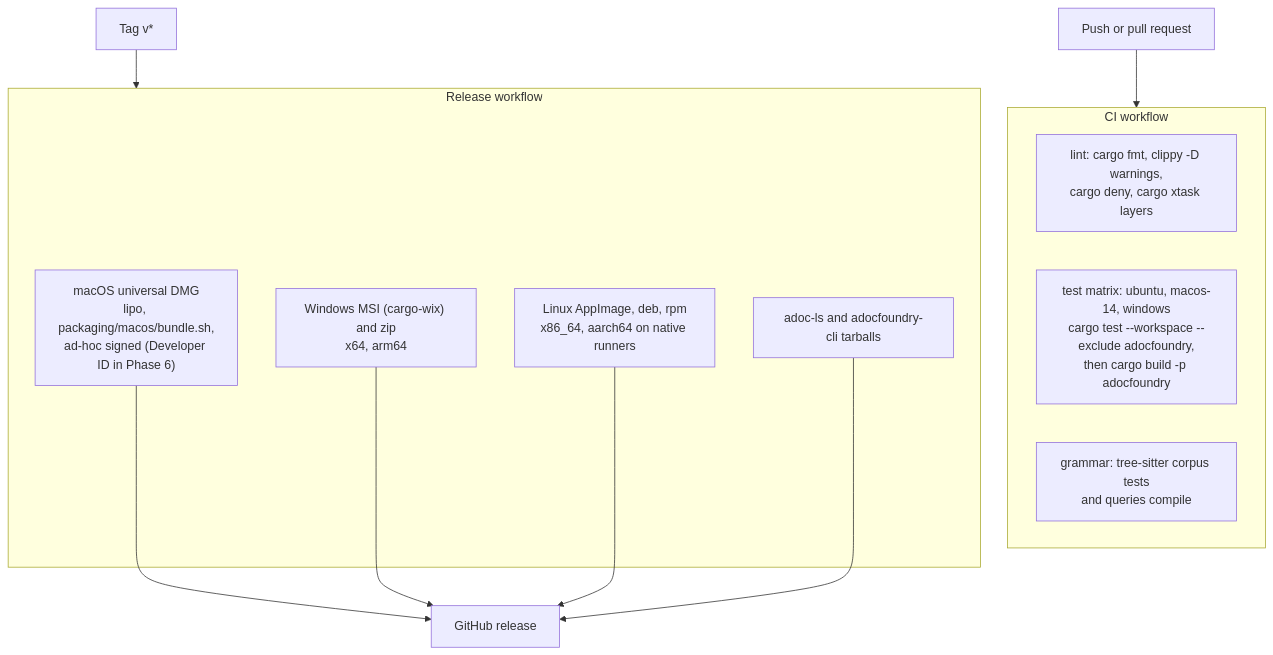
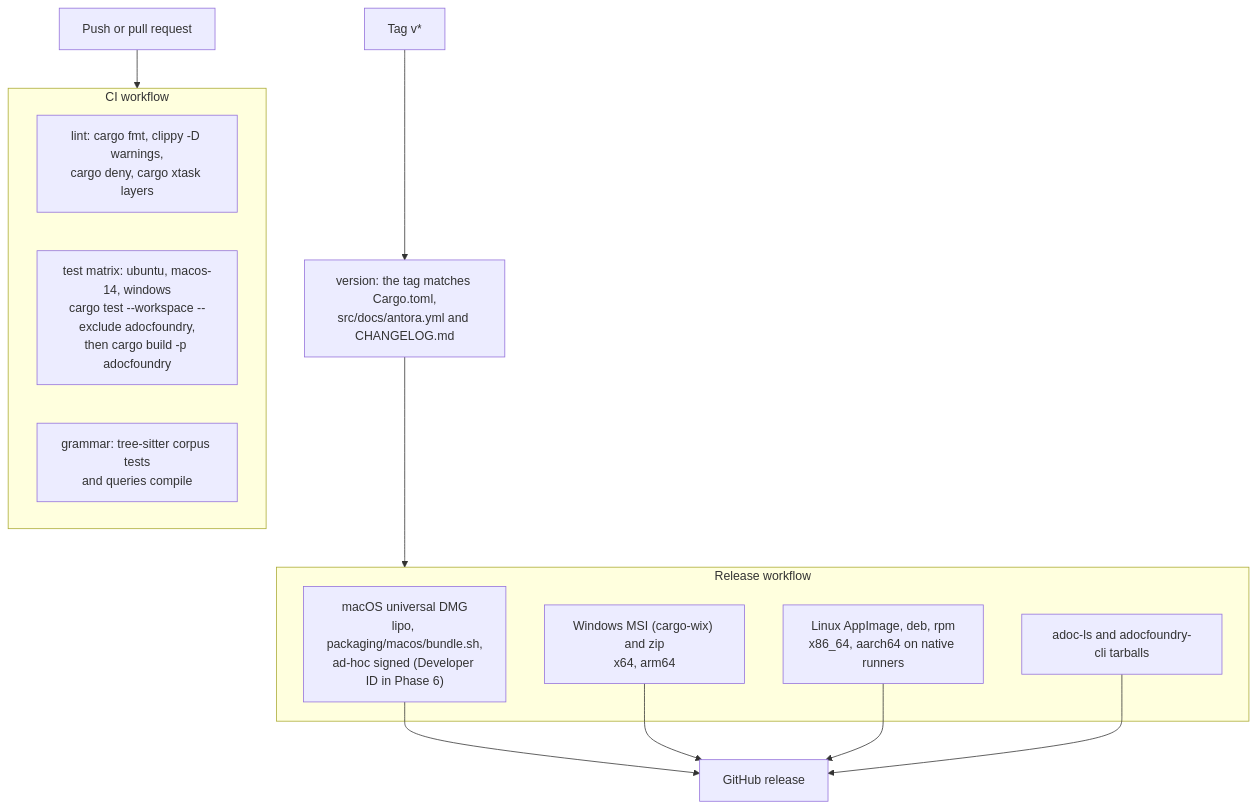
One commit to bovinemagnet/AdocFoundry changed the diagram in src/docs/modules/developer/examples/release-pipeline.mmd. Above: the diagram before and after it, drawn with Mermaid. The commit also changed 10 other files, not shown here.

Commit message:
Check the release tag against the version the files give

```diff
--- a/src/docs/modules/developer/examples/release-pipeline.mmd
+++ b/src/docs/modules/developer/examples/release-pipeline.mmd
@@ -1,18 +1,19 @@
 flowchart TD
     push["Push or pull request"] --> ci
     subgraph ci["CI workflow"]
         lint["lint: cargo fmt, clippy -D warnings,<br/>cargo deny, cargo xtask layers"]
         test["test matrix: ubuntu, macos-14, windows<br/>cargo test --workspace --exclude adocfoundry,<br/>then cargo build -p adocfoundry"]
         grammar["grammar: tree-sitter corpus tests<br/>and queries compile"]
     end
-    tag["Tag v*"] --> rel
+    tag["Tag v*"] --> version["version: the tag matches Cargo.toml,<br/>src/docs/antora.yml and CHANGELOG.md"]
+    version --> rel
     subgraph rel["Release workflow"]
         mac["macOS universal DMG<br/>lipo, packaging/macos/bundle.sh,<br/>ad-hoc signed (Developer ID in Phase 6)"]
         win["Windows MSI (cargo-wix) and zip<br/>x64, arm64"]
         lin["Linux AppImage, deb, rpm<br/>x86_64, aarch64 on native runners"]
         tools["adoc-ls and adocfoundry-cli tarballs"]
     end
     mac --> gh["GitHub release"]
     win --> gh
     lin --> gh
     tools --> gh
```
